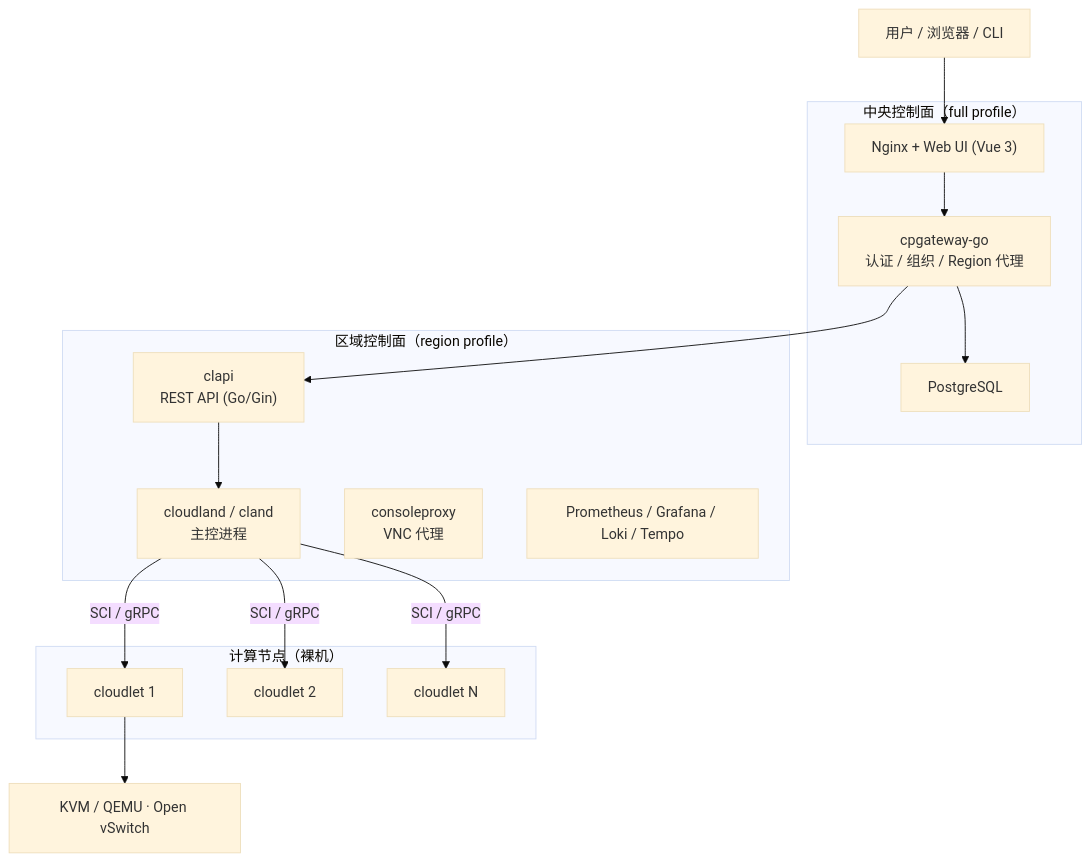
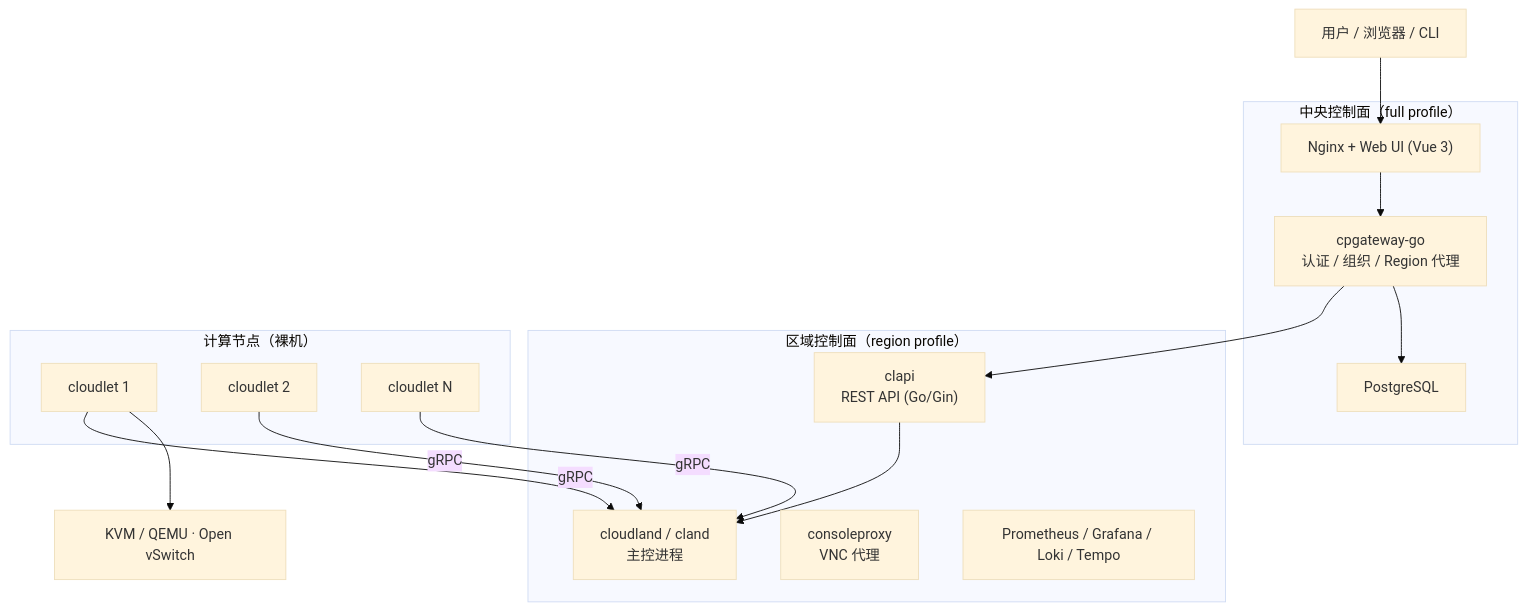
One commit to threen134/cloudland changed the diagram in README.md. Above: the diagram before and after it, drawn with Mermaid (base theme). The commit also changed other lines of this file and 53 other files, not shown here.

First line of the commit message:
refactor: 去掉 SCI 命名——SCI_CLIENT_ID 改为 NODE_ID、[sci] 配置段改为 [cland]，文档改为 gRPC 5006

````diff
--- a/README.md
+++ b/README.md
@@ -22,31 +21,31 @@
 ```mermaid
 graph TB
     USER["用户 / 浏览器 / CLI"]
 
     subgraph central["中央控制面（full profile）"]
         NGINX["Nginx + Web UI (Vue 3)"]
         CPGW["cpgateway-go<br/>认证 / 组织 / Region 代理"]
         PG["PostgreSQL"]
     end
 
     subgraph region["区域控制面（region profile）"]
         CLAPI["clapi<br/>REST API (Go/Gin)"]
         CLAND["cloudland / cland<br/>主控进程"]
         CONSOLE["consoleproxy<br/>VNC 代理"]
         OBS["Prometheus / Grafana / Loki / Tempo"]
     end
 
     subgraph nodes["计算节点（裸机）"]
         CL1["cloudlet 1"]
         CL2["cloudlet 2"]
         CLN["cloudlet N"]
     end
 
     USER --> NGINX --> CPGW --> CLAPI
     CPGW --> PG
     CLAPI --> CLAND
-    CLAND -->|SCI / gRPC| CL1
-    CLAND -->|SCI / gRPC| CL2
-    CLAND -->|SCI / gRPC| CLN
+    CL1 -->|gRPC| CLAND
+    CL2 -->|gRPC| CLAND
+    CLN -->|gRPC| CLAND
     CL1 --> KVM["KVM / QEMU · Open vSwitch"]
 ```
````
